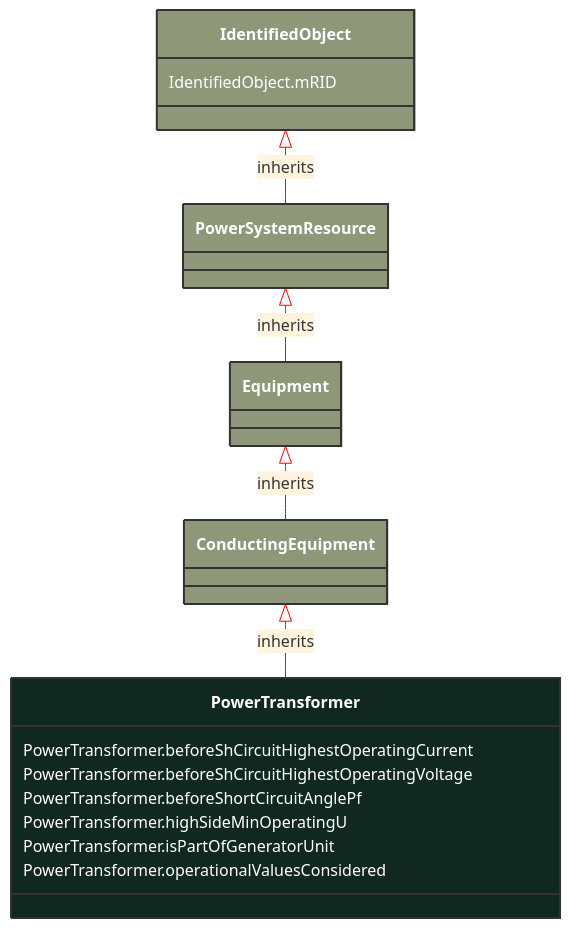
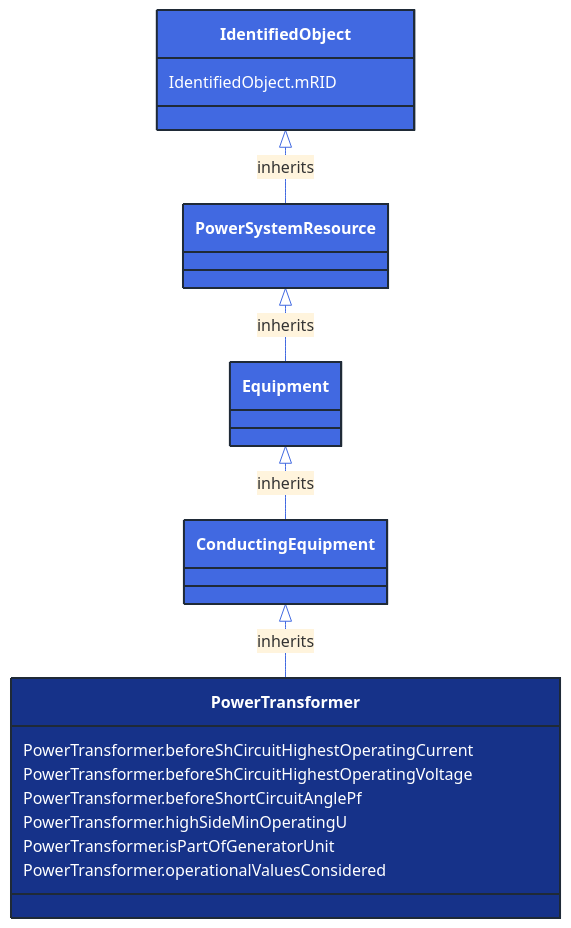
The diagram in docs/Models/Profiles/ShortCircuit/ConcreteClasses/PowerTransformer.md (3lbits/NoCIMExtensions), drawn with Mermaid before and after one commit. The commit also changed 362 other files, not shown here.

First line of the commit message:
Update diagrams and styles for improved visual consistency

````diff
--- a/docs/Models/Profiles/ShortCircuit/ConcreteClasses/PowerTransformer.md
+++ b/docs/Models/Profiles/ShortCircuit/ConcreteClasses/PowerTransformer.md
@@ -11,33 +11,33 @@
 ```mermaid
-%%{init: {'theme':'base','themeVariables': {'lineColor': '#FF0000'}}}%%
+%%{init: {'theme':'base','themeVariables': {'lineColor': '#4169E1'}}}%%
 classDiagram
     class PowerTransformer
     click PowerTransformer href "/Models/Profiles/ShortCircuit/ConcreteClasses/PowerTransformer/"
-    style PowerTransformer fill:#102820,stroke:#333,stroke-width:2px,rx:10,ry:10,color:white
+    style PowerTransformer fill:#163289,stroke:#1F2A37,stroke-width:2px,rx:10,ry:10,color:white
      
         ConductingEquipment <|-- PowerTransformer : inherits
             click ConductingEquipment href "/Models/Profiles/ShortCircuit/AbstractClasses/ConductingEquipment/"
-            style ConductingEquipment fill:#8F9779,stroke:#333,stroke-width:2px,rx:10,ry:10,color:white
+            style ConductingEquipment fill:#4169E1,stroke:#1F2A37,stroke-width:2px,rx:10,ry:10,color:white
      
         Equipment <|-- ConductingEquipment : inherits
             click Equipment href "/Models/Profiles/ShortCircuit/AbstractClasses/Equipment/"
-            style Equipment fill:#8F9779,stroke:#333,stroke-width:2px,rx:10,ry:10,color:white
+            style Equipment fill:#4169E1,stroke:#1F2A37,stroke-width:2px,rx:10,ry:10,color:white
      
         PowerSystemResource <|-- Equipment : inherits
             click PowerSystemResource href "/Models/Profiles/ShortCircuit/AbstractClasses/PowerSystemResource/"
-            style PowerSystemResource fill:#8F9779,stroke:#333,stroke-width:2px,rx:10,ry:10,color:white
+            style PowerSystemResource fill:#4169E1,stroke:#1F2A37,stroke-width:2px,rx:10,ry:10,color:white
      
         IdentifiedObject <|-- PowerSystemResource : inherits
             click IdentifiedObject href "/Models/Profiles/ShortCircuit/AbstractClasses/IdentifiedObject/"
-            style IdentifiedObject fill:#8F9779,stroke:#333,stroke-width:2px,rx:10,ry:10,color:white
+            style IdentifiedObject fill:#4169E1,stroke:#1F2A37,stroke-width:2px,rx:10,ry:10,color:white
 
 
 
         PowerTransformer : PowerTransformer.beforeShCircuitHighestOperatingCurrent
         PowerTransformer : PowerTransformer.beforeShCircuitHighestOperatingVoltage
         PowerTransformer : PowerTransformer.beforeShortCircuitAnglePf
         PowerTransformer : PowerTransformer.highSideMinOperatingU
         PowerTransformer : PowerTransformer.isPartOfGeneratorUnit
         PowerTransformer : PowerTransformer.operationalValuesConsidered
         IdentifiedObject : IdentifiedObject.mRID
 ```
````
